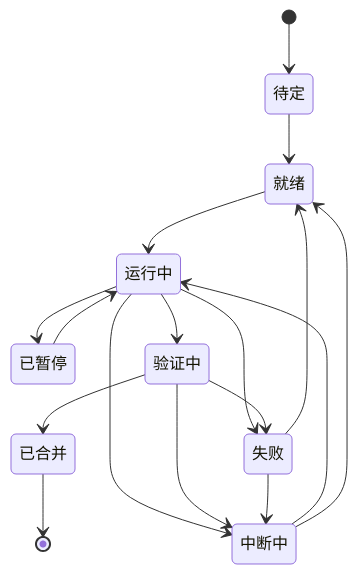
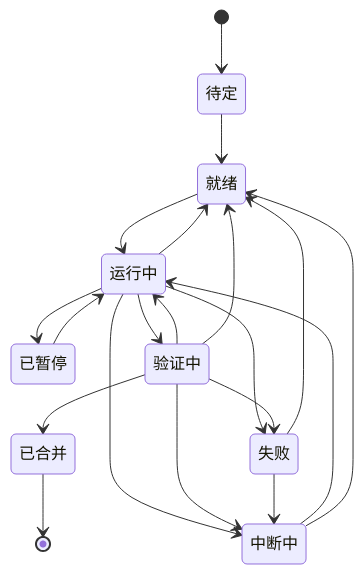
One commit to wizlijun/tower.md changed the sixth of 7 diagrams in docs/specs/2026-10-16-spec-towermd-layered-agent-canvas-mvp.md. Above: the diagram before and after it, drawn with Mermaid. The commit also changed other lines of this file and 1 other file, not shown here.

````diff
--- a/docs/specs/2026-10-16-spec-towermd-layered-agent-canvas-mvp.md
+++ b/docs/specs/2026-10-16-spec-towermd-layered-agent-canvas-mvp.md
@@ -628,27 +784,30 @@
 ```mermaid
 stateDiagram-v2
   state "待定" as Proposed
   state "就绪" as Ready
   state "运行中" as Running
   state "已暂停" as Paused
   state "验证中" as Verifying
   state "已合并" as Merged
   state "失败" as Failed
   state "中断中" as Held
   [*] --> Proposed
   Proposed --> Ready
   Ready --> Running
   Running --> Paused
   Paused --> Running
   Running --> Verifying
   Running --> Failed
   Running --> Held
   Held --> Running
   Held --> Ready
+  Running --> Ready
+  Verifying --> Running
+  Verifying --> Ready
   Verifying --> Merged
   Verifying --> Failed
   Verifying --> Held
   Failed --> Ready
   Failed --> Held
   Merged --> [*]
 ```
````
